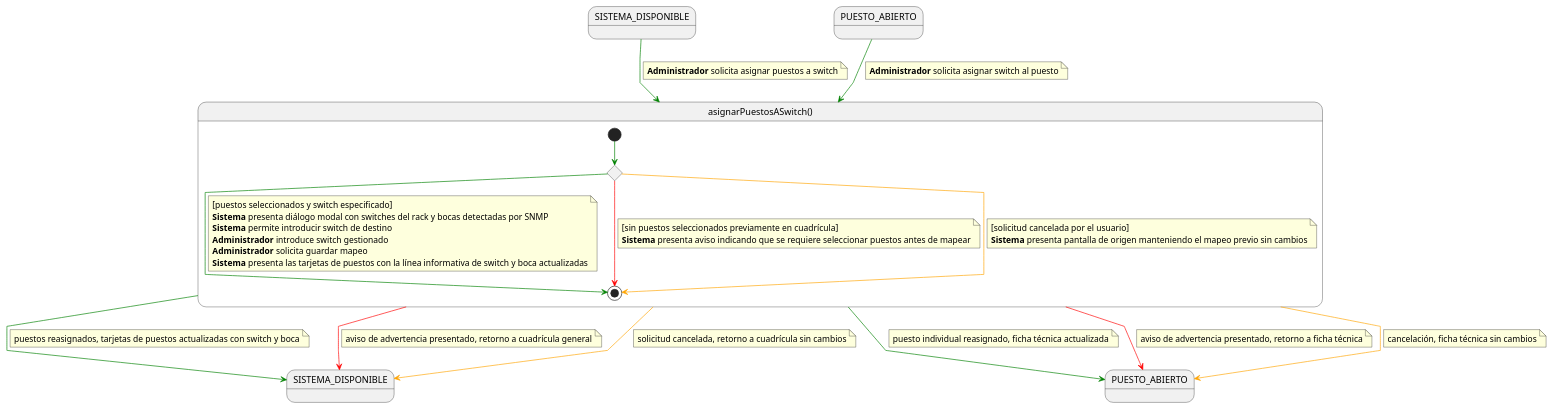
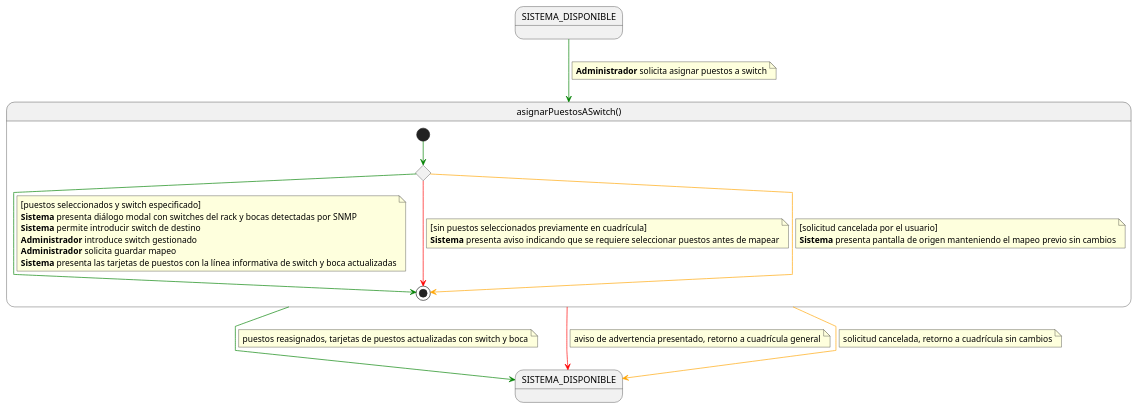
One commit to Carlos-Lima2510/mesh-panel changed the diagram in RUP/01-requisitos/01-detalle-casos-uso/asignarPuestosASwitch/especificacion.puml. Above: the diagram before and after it, drawn with PlantUML. The commit also changed 15 other files, not shown here.

```diff
--- a/RUP/01-requisitos/01-detalle-casos-uso/asignarPuestosASwitch/especificacion.puml
+++ b/RUP/01-requisitos/01-detalle-casos-uso/asignarPuestosASwitch/especificacion.puml
@@ -1,79 +1,57 @@
 @startuml especificacion
 
 skinparam linetype polyline
 
 state SISTEMA_DISPONIBLE
-state PUESTO_ABIERTO
 state SISTEMA_DISPONIBLE_SALIDA as "SISTEMA_DISPONIBLE"
-state PUESTO_ABIERTO_SALIDA as "PUESTO_ABIERTO"
 
 SISTEMA_DISPONIBLE -[#green]-> asignarPuestosASwitch
 note on link
 <b>Administrador</b> solicita asignar puestos a switch
-end note
-
-PUESTO_ABIERTO -[#green]-> asignarPuestosASwitch
-note on link
-<b>Administrador</b> solicita asignar switch al puesto
 end note
 
 state asignarPuestosASwitch as "asignarPuestosASwitch()" {
 
     state c <<choice>>
 
     [*] -[#green]-> c
 
     c -[#green]-> [*]
     note on link
     [puestos seleccionados y switch especificado]
     <b>Sistema</b> presenta diálogo modal con switches del rack y bocas detectadas por SNMP
     <b>Sistema</b> permite introducir switch de destino
     <b>Administrador</b> introduce switch gestionado
     <b>Administrador</b> solicita guardar mapeo
     <b>Sistema</b> presenta las tarjetas de puestos con la línea informativa de switch y boca actualizadas
     end note
 
     c -[#red]-> [*]
     note on link
     [sin puestos seleccionados previamente en cuadrícula]
     <b>Sistema</b> presenta aviso indicando que se requiere seleccionar puestos antes de mapear
     end note
 
     c -[#orange]-> [*]
     note on link
     [solicitud cancelada por el usuario]
     <b>Sistema</b> presenta pantalla de origen manteniendo el mapeo previo sin cambios
     end note
 }
 
 asignarPuestosASwitch -[#green]-> SISTEMA_DISPONIBLE_SALIDA
 note on link
 puestos reasignados, tarjetas de puestos actualizadas con switch y boca
 end note
 
 asignarPuestosASwitch -[#red]-> SISTEMA_DISPONIBLE_SALIDA
 note on link
 aviso de advertencia presentado, retorno a cuadrícula general
 end note
 
 asignarPuestosASwitch -[#orange]-> SISTEMA_DISPONIBLE_SALIDA
 note on link
 solicitud cancelada, retorno a cuadrícula sin cambios
 end note
 
-asignarPuestosASwitch -[#green]-> PUESTO_ABIERTO_SALIDA
-note on link
-puesto individual reasignado, ficha técnica actualizada
-end note
-
-asignarPuestosASwitch -[#red]-> PUESTO_ABIERTO_SALIDA
-note on link
-aviso de advertencia presentado, retorno a ficha técnica
-end note
-
-asignarPuestosASwitch -[#orange]-> PUESTO_ABIERTO_SALIDA
-note on link
-cancelación, ficha técnica sin cambios
-end note
-
 @enduml
```
